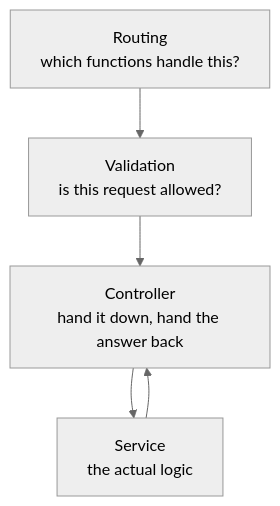
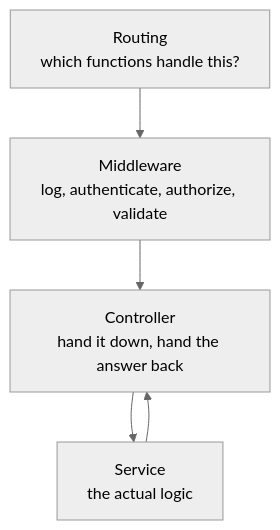
The fourth of 4 diagrams in Backend Engineering/05-Layered-Architecture/03-The-Request-Path.md (Dummy-Bug/system-design-handbook), drawn with Mermaid (neutral theme) before and after one commit. The commit also changed other lines of this file and 4 other files, not shown here.

````diff
--- a/Backend Engineering/05-Layered-Architecture/03-The-Request-Path.md
+++ b/Backend Engineering/05-Layered-Architecture/03-The-Request-Path.md
@@ -61,7 +120,7 @@
 ```mermaid
 flowchart TD
-    R["Routing<br/>which functions handle this?"] --> V["Validation<br/>is this request allowed?"]
-    V --> C["Controller<br/>hand it down, hand the answer back"]
+    R["Routing<br/>which functions handle this?"] --> M["Middleware<br/>log, authenticate, authorize, validate"]
+    M --> C["Controller<br/>hand it down, hand the answer back"]
     C --> S["Service<br/>the actual logic"]
     S --> C
 ```
````
